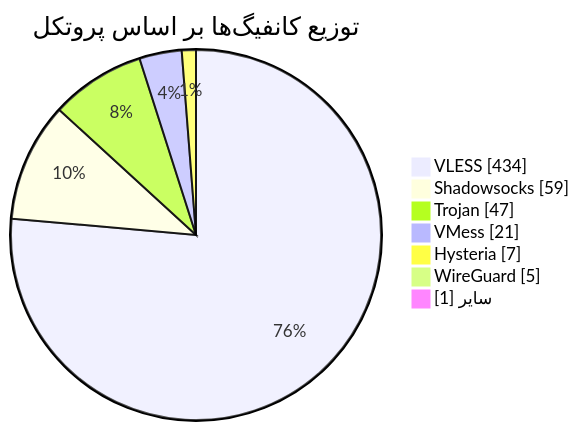
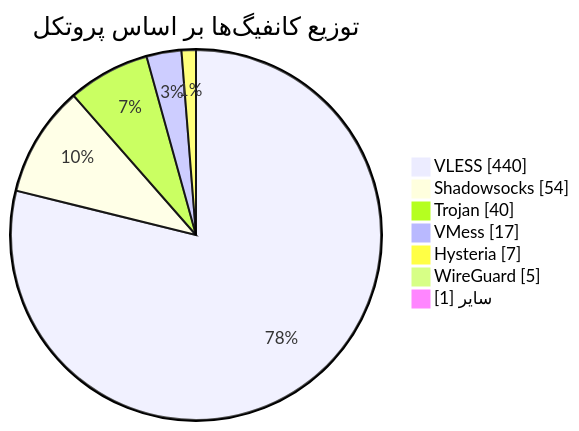
The diagram in README.md (Arian-Alijani/Somthing), drawn with Mermaid before and after one commit. The commit also changed other lines of this file and 15 other files, not shown here.

````diff
--- a/README.md
+++ b/README.md
@@ -49,11 +49,11 @@
 ```mermaid
 pie showData
     title توزیع کانفیگ‌ها بر اساس پروتکل
-    "VLESS" : 434
-    "Shadowsocks" : 59
-    "Trojan" : 47
-    "VMess" : 21
+    "VLESS" : 440
+    "Shadowsocks" : 54
+    "Trojan" : 40
+    "VMess" : 17
     "Hysteria" : 7
     "WireGuard" : 5
     "سایر" : 1
 ```
````
